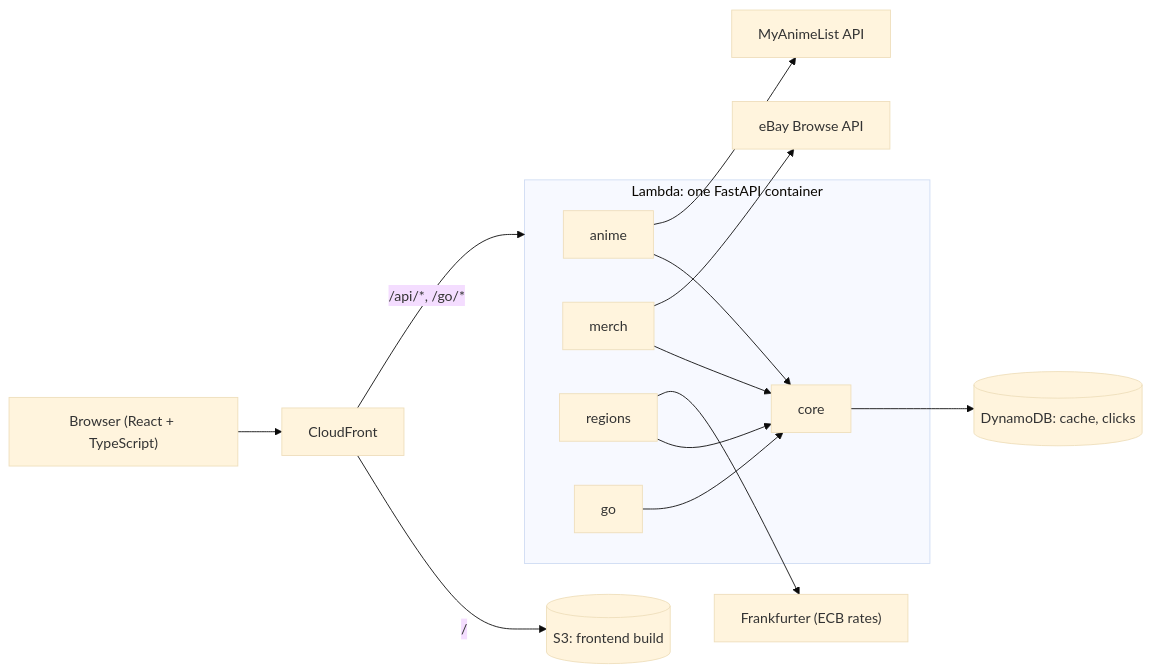
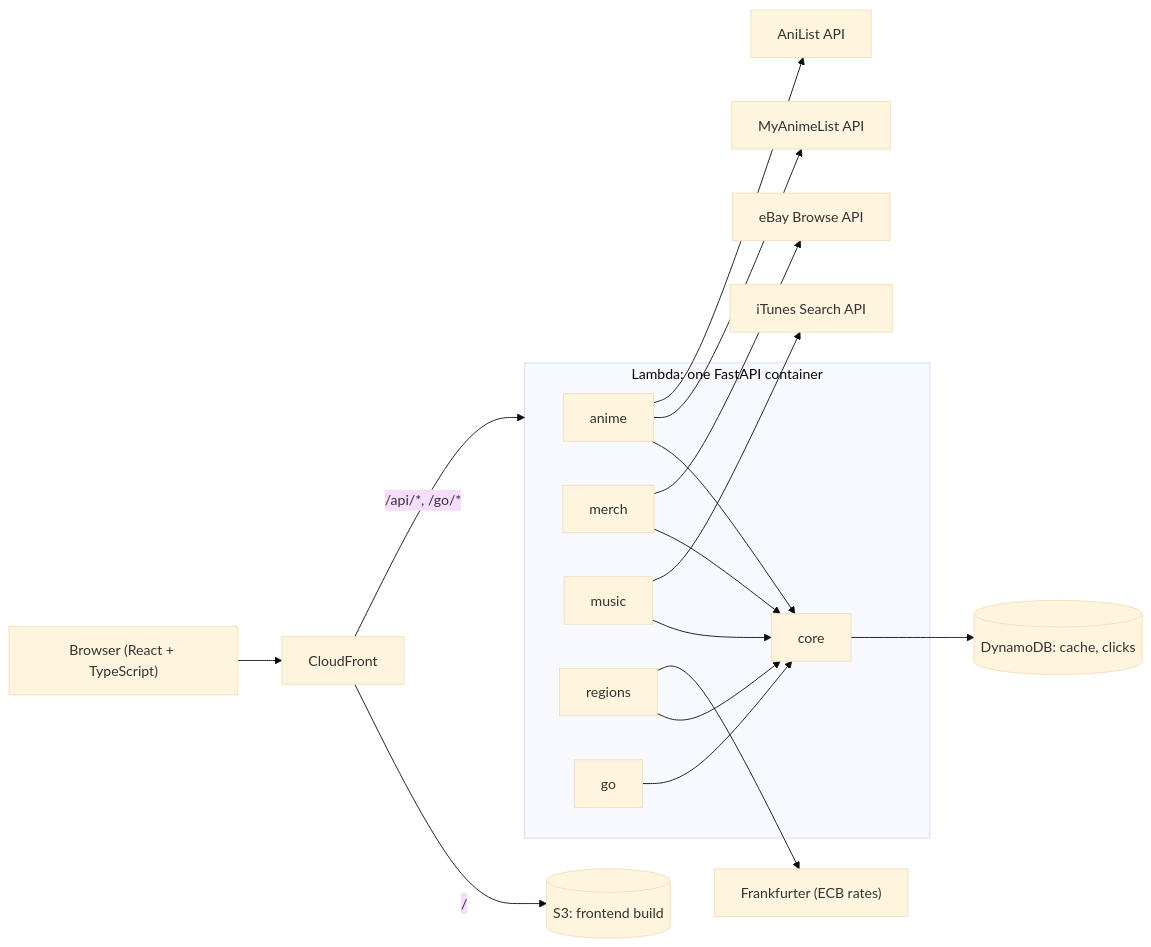
The diagram in README.md (Runus01/OshiLoot), drawn with Mermaid (base theme) before and after one commit. The commit also changed other lines of this file and 45 other files, not shown here.

````diff
--- a/README.md
+++ b/README.md
@@ -27,16 +34,19 @@
 ```mermaid
 flowchart LR
   B["Browser (React + TypeScript)"] --> CF[CloudFront]
   CF -- "/" --> S3[("S3: frontend build")]
   CF -- "/api/*, /go/*" --> APP
   subgraph APP ["Lambda: one FastAPI container"]
     A[anime] --> C[core]
     M[merch] --> C
+    U[music] --> C
     R[regions] --> C
     G[go] --> C
   end
   A --> MAL[MyAnimeList API]
+  A --> AL[AniList API]
   M --> E[eBay Browse API]
+  U --> IT[iTunes Search API]
   R --> F["Frankfurter (ECB rates)"]
   C --> D[("DynamoDB: cache, clicks")]
 ```
````
